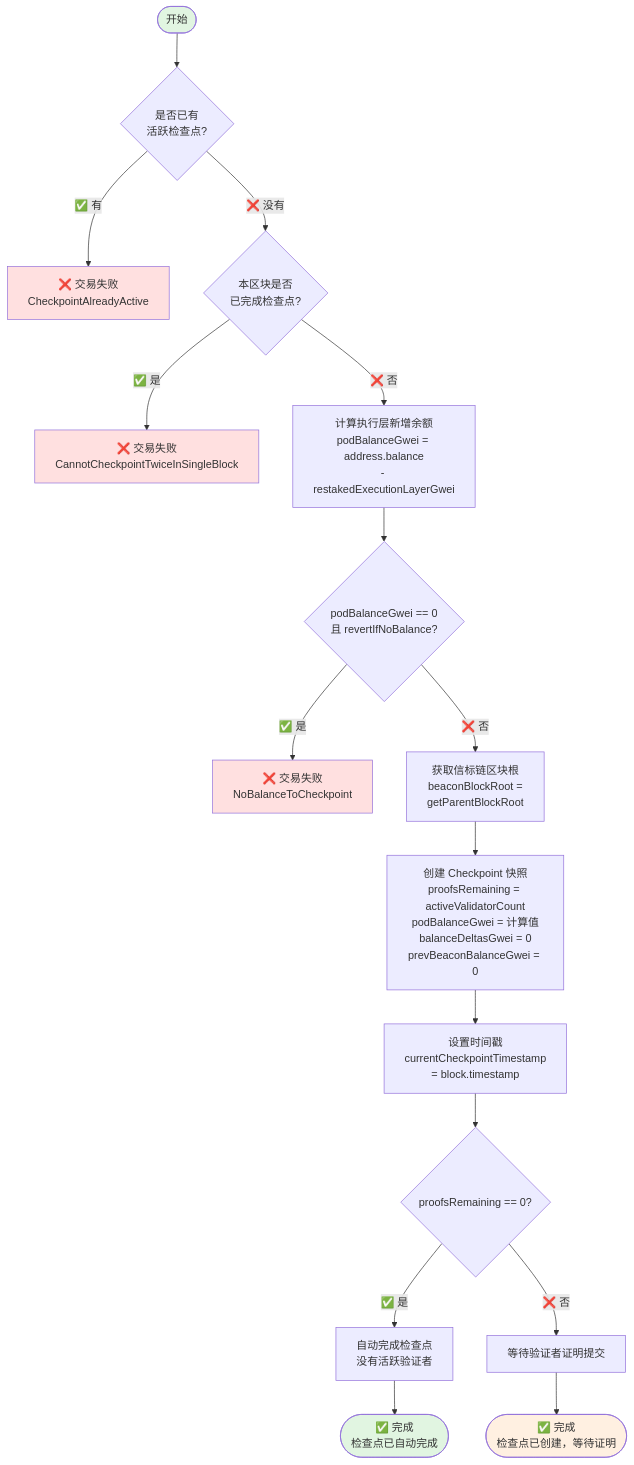
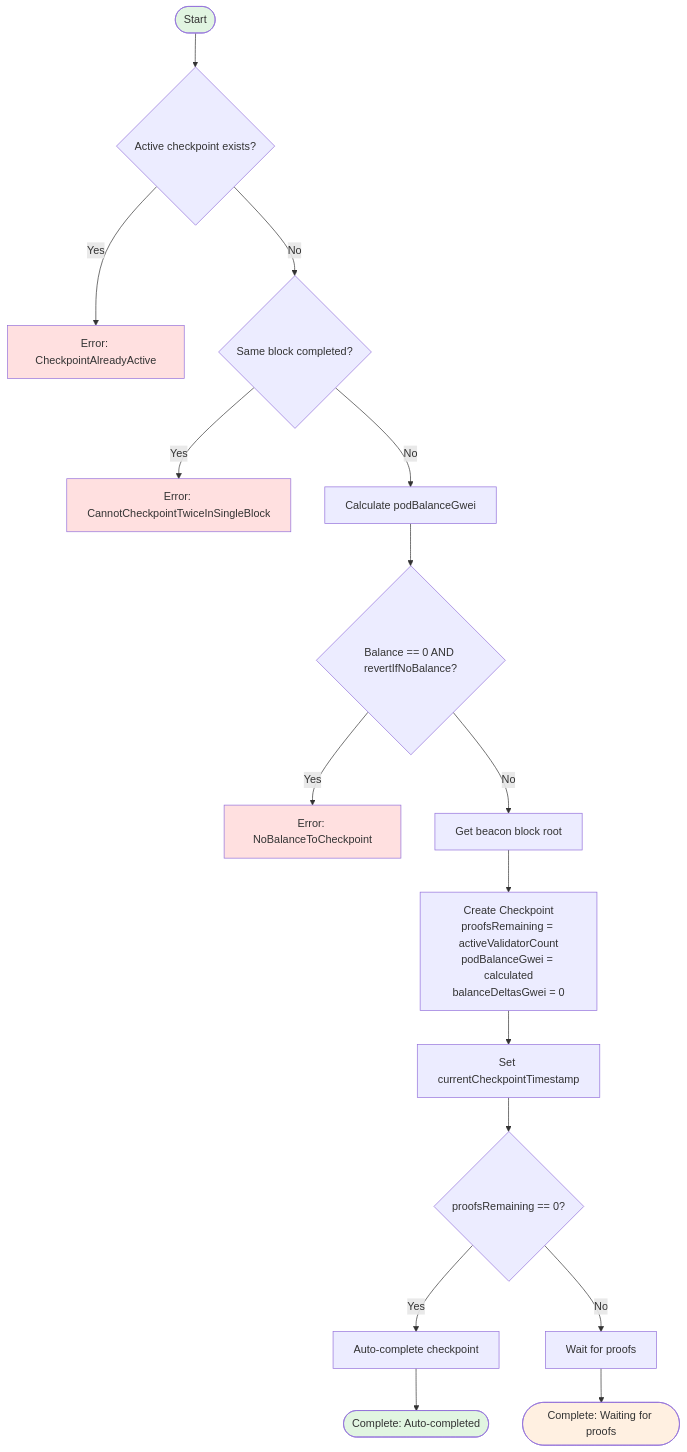
The second of 5 diagrams in docs/core/EigenPod_Checkpoint_Mechanism_CN.md (Sandwichzzy/eigenlayer-contracts), drawn with Mermaid before and after one commit. The commit also changed other lines of this file, not shown here.

````diff
--- a/docs/core/EigenPod_Checkpoint_Mechanism_CN.md
+++ b/docs/core/EigenPod_Checkpoint_Mechanism_CN.md
@@ -372,31 +370,31 @@
 ```mermaid
 flowchart TD
-    Start([开始]) --> CheckActive{是否已有<br/>活跃检查点?}
-    CheckActive -->|✅ 有| Error1[❌ 交易失败<br/>CheckpointAlreadyActive]
-    CheckActive -->|❌ 没有| CheckSameBlock{本区块是否<br/>已完成检查点?}
+    Start([Start]) --> ChkActive{Active checkpoint exists?}
+    ChkActive -->|Yes| Err1[Error: CheckpointAlreadyActive]
+    ChkActive -->|No| ChkBlock{Same block completed?}
 
-    CheckSameBlock -->|✅ 是| Error2[❌ 交易失败<br/>CannotCheckpointTwiceInSingleBlock]
-    CheckSameBlock -->|❌ 否| CalcBalance[计算执行层新增余额<br/>podBalanceGwei = address.balance<br/>- restakedExecutionLayerGwei]
+    ChkBlock -->|Yes| Err2[Error: CannotCheckpointTwiceInSingleBlock]
+    ChkBlock -->|No| Calc[Calculate podBalanceGwei]
 
-    CalcBalance --> CheckZero{podBalanceGwei == 0<br/>且 revertIfNoBalance?}
-    CheckZero -->|✅ 是| Error3[❌ 交易失败<br/>NoBalanceToCheckpoint]
-    CheckZero -->|❌ 否| GetBeaconRoot[获取信标链区块根<br/>beaconBlockRoot =<br/>getParentBlockRoot]
+    Calc --> ChkZero{Balance == 0 AND revertIfNoBalance?}
+    ChkZero -->|Yes| Err3[Error: NoBalanceToCheckpoint]
+    ChkZero -->|No| GetRoot[Get beacon block root]
 
-    GetBeaconRoot --> CreateCheckpoint[创建 Checkpoint 快照<br/>proofsRemaining = activeValidatorCount<br/>podBalanceGwei = 计算值<br/>balanceDeltasGwei = 0<br/>prevBeaconBalanceGwei = 0]
+    GetRoot --> Create[Create Checkpoint<br/>proofsRemaining = activeValidatorCount<br/>podBalanceGwei = calculated<br/>balanceDeltasGwei = 0]
 
-    CreateCheckpoint --> SetTimestamp[设置时间戳<br/>currentCheckpointTimestamp<br/>= block.timestamp]
+    Create --> SetTS[Set currentCheckpointTimestamp]
 
-    SetTimestamp --> CheckProofsRemaining{proofsRemaining == 0?}
-    CheckProofsRemaining -->|✅ 是| AutoComplete[自动完成检查点<br/>没有活跃验证者]
-    CheckProofsRemaining -->|❌ 否| WaitProofs[等待验证者证明提交]
+    SetTS --> ChkProofs{proofsRemaining == 0?}
+    ChkProofs -->|Yes| Auto[Auto-complete checkpoint]
+    ChkProofs -->|No| Wait[Wait for proofs]
 
-    AutoComplete --> End1([✅ 完成<br/>检查点已自动完成])
-    WaitProofs --> End2([✅ 完成<br/>检查点已创建，等待证明])
+    Auto --> End1([Complete: Auto-completed])
+    Wait --> End2([Complete: Waiting for proofs])
 
     style Start fill:#e1f5e1
     style End1 fill:#e1f5e1
     style End2 fill:#fff0e1
-    style Error1 fill:#ffe0e0
-    style Error2 fill:#ffe0e0
-    style Error3 fill:#ffe0e0
+    style Err1 fill:#ffe0e0
+    style Err2 fill:#ffe0e0
+    style Err3 fill:#ffe0e0
 ```
````
